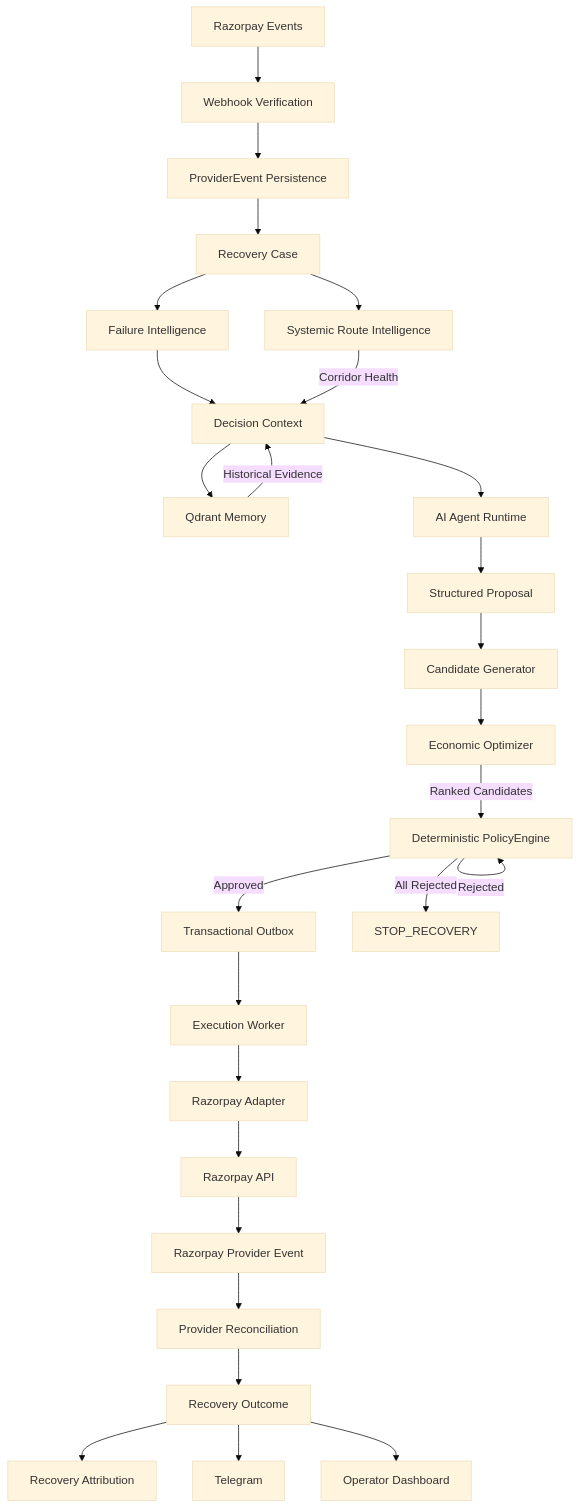
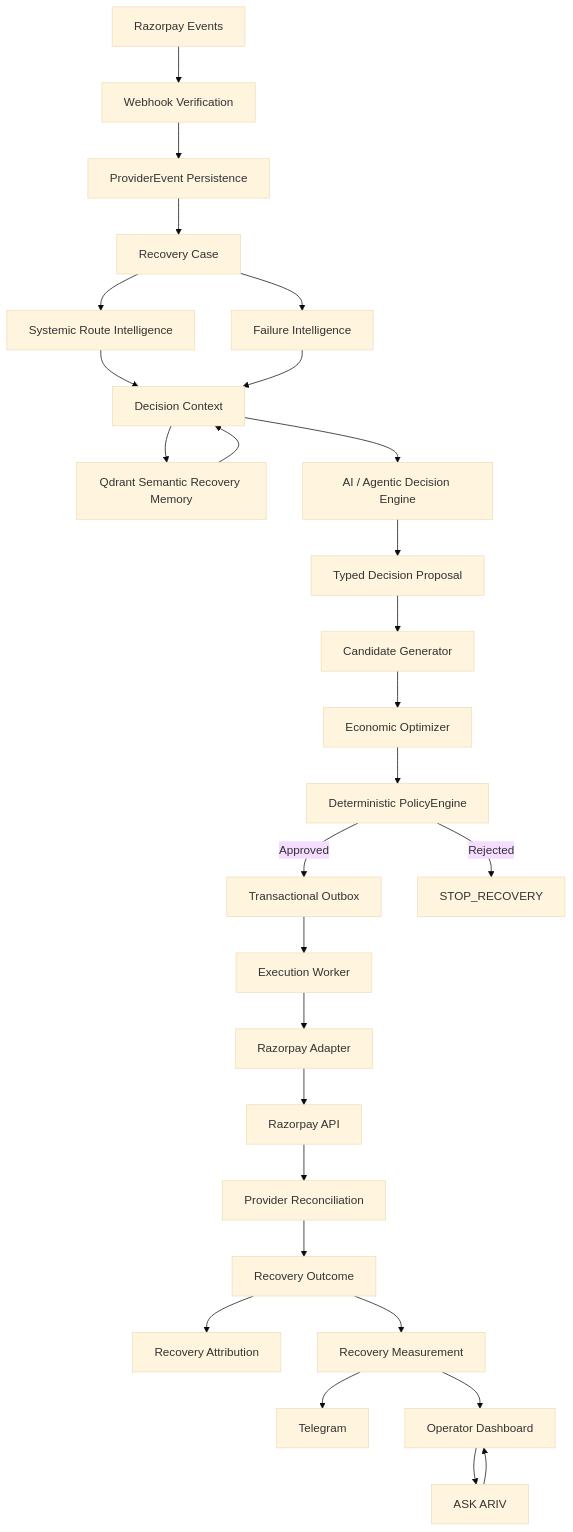
The diagram in README.md (praveen0767/ARIV), drawn with Mermaid (base theme) before and after one commit. The commit also changed other lines of this file and 56 other files, not shown here.

Commit message:
Finalize ARIV recovery system, benchmarks, and evidence

````diff
--- a/README.md
+++ b/README.md
@@ -391,42 +103,30 @@
 ```mermaid
 flowchart TD
-
-    RP[Razorpay Events]
-        --> WH[Webhook Verification]
-
+    RP[Razorpay Events] --> WH[Webhook Verification]
     WH --> PE[ProviderEvent Persistence]
     PE --> C[Recovery Case]
-
     C --> FI[Failure Intelligence]
     C --> SYS[Systemic Route Intelligence]
-
-    FI --> DC[Decision Context]
-    SYS -->|Corridor Health| DC
-
-    DC --> Q[Qdrant Memory]
-    Q -->|Historical Evidence| DC
-
-    DC --> AI[AI Agent Runtime]
-    AI --> PROP[Structured Proposal]
-
+    SYS --> DC[Decision Context]
+    FI --> DC
+    DC --> Q[Qdrant Semantic Recovery Memory]
+    Q --> DC
+    DC --> AI[AI / Agentic Decision Engine]
+    AI --> PROP[Typed Decision Proposal]
     PROP --> GEN[Candidate Generator]
     GEN --> ECON[Economic Optimizer]
-
-    ECON -->|Ranked Candidates| POL[Deterministic PolicyEngine]
-
-    POL -->|Rejected| POL
+    ECON --> POL[Deterministic PolicyEngine]
     POL -->|Approved| OUT[Transactional Outbox]
-    POL -->|All Rejected| STOP[STOP_RECOVERY]
-
-    OUT --> WORKER[Execution Worker]
-    WORKER --> ADAPTER[Razorpay Adapter]
-    ADAPTER --> RAPI[Razorpay API]
-
-    RAPI --> RPE[Razorpay Provider Event]
-    RPE --> RECON[Provider Reconciliation]
-
-    RECON --> OUTCOME[Recovery Outcome]
-    OUTCOME --> ATTR[Recovery Attribution]
-    OUTCOME --> TG[Telegram]
-    OUTCOME --> UI[Operator Dashboard]
+    POL -->|Rejected| STOP[STOP_RECOVERY]
+    OUT --> WK[Execution Worker]
+    WK --> AD[Razorpay Adapter]
+    AD --> RPI[Razorpay API]
+    RPI --> RECON[Provider Reconciliation]
+    RECON --> OC[Recovery Outcome]
+    OC --> ATTR[Recovery Attribution]
+    OC --> MEAS[Recovery Measurement]
+    MEAS --> TG[Telegram]
+    MEAS --> UI[Operator Dashboard]
+    UI --> ASK[ASK ARIV]
+    ASK --> UI
 ```
````
